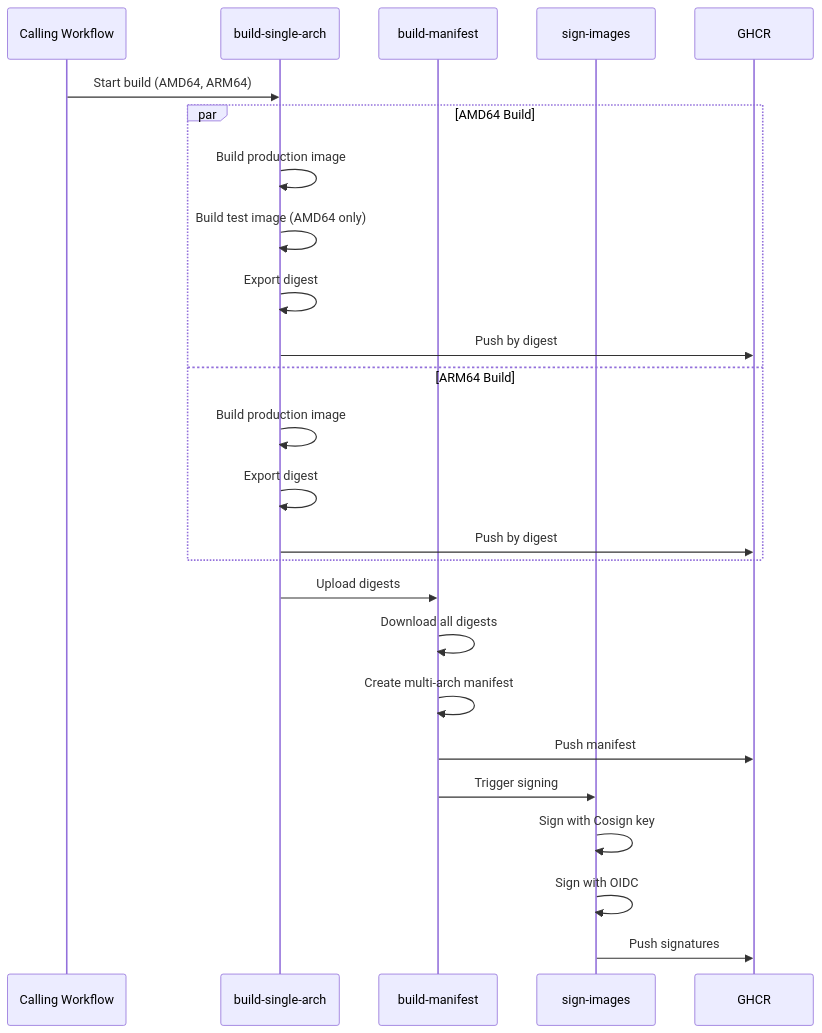
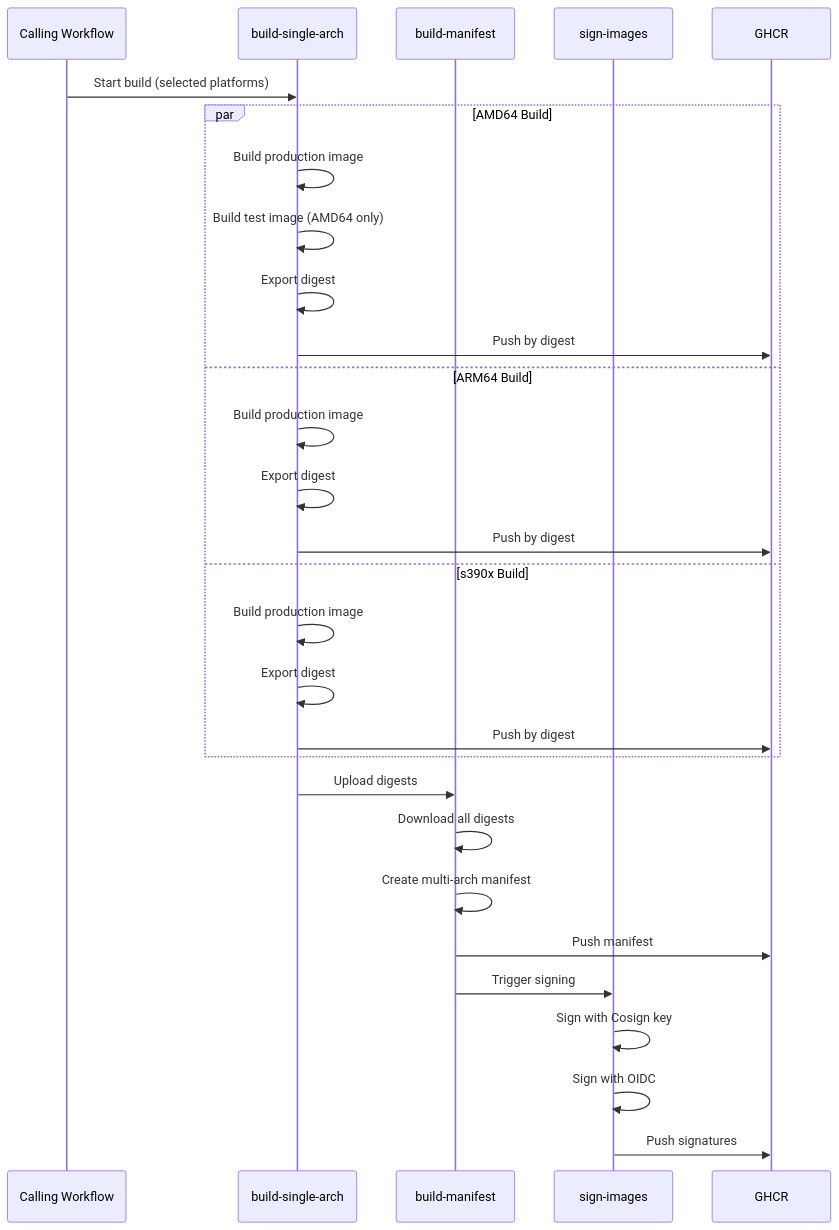
Before and after one commit to FluentDo/agent: the second of 6 diagrams in .github/workflows/README.md, drawn with Mermaid. The commit also changed other lines of this file, not shown here.

````diff
--- a/.github/workflows/README.md
+++ b/.github/workflows/README.md
@@ -784,31 +882,35 @@
 ```mermaid
 sequenceDiagram
     participant Caller as Calling Workflow
     participant Build as build-single-arch
     participant Manifest as build-manifest
     participant Sign as sign-images
     participant Registry as GHCR
 
-    Caller->>Build: Start build (AMD64, ARM64)
+    Caller->>Build: Start build (selected platforms)
     
     par AMD64 Build
         Build->>Build: Build production image
         Build->>Build: Build test image (AMD64 only)
         Build->>Build: Export digest
         Build->>Registry: Push by digest
     and ARM64 Build
         Build->>Build: Build production image
         Build->>Build: Export digest
         Build->>Registry: Push by digest
+    and s390x Build
+      Build->>Build: Build production image
+      Build->>Build: Export digest
+      Build->>Registry: Push by digest
     end
     
     Build->>Manifest: Upload digests
     Manifest->>Manifest: Download all digests
     Manifest->>Manifest: Create multi-arch manifest
     Manifest->>Registry: Push manifest
     
     Manifest->>Sign: Trigger signing
     Sign->>Sign: Sign with Cosign key
     Sign->>Sign: Sign with OIDC
     Sign->>Registry: Push signatures
 ```
````
